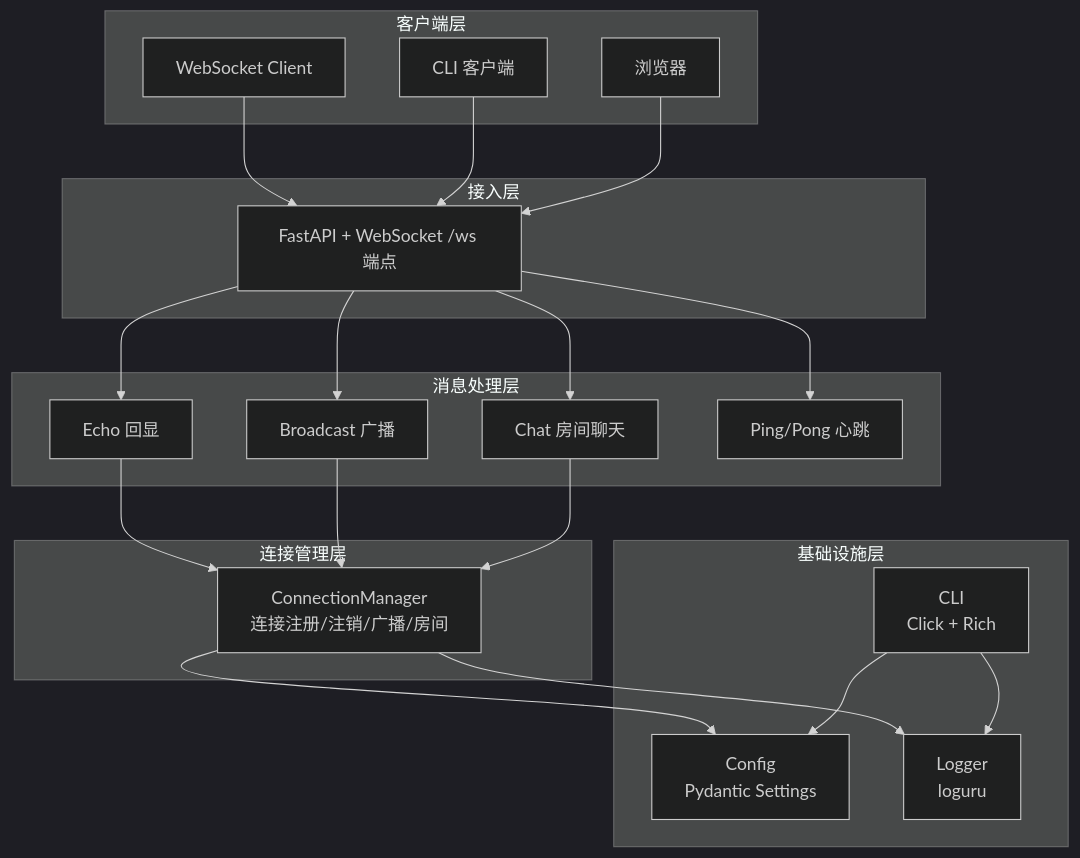
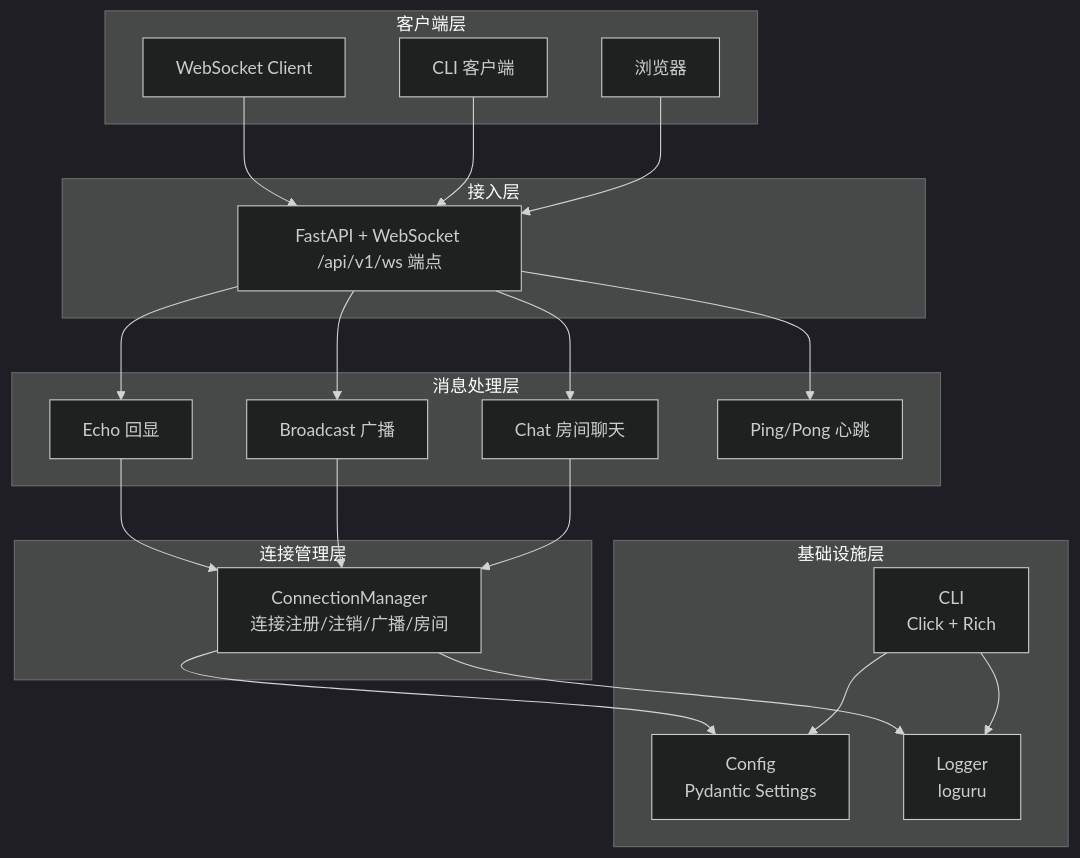
Before and after one commit to cross-lang/x-HanChuan: the first of 2 diagrams in README.md, drawn with Mermaid (dark theme). The commit also changed other lines of this file and 26 other files, not shown here.

````diff
--- a/README.md
+++ b/README.md
@@ -57,44 +60,44 @@
 ```mermaid
 graph TB
     subgraph 客户端层
         C1[WebSocket Client]
         C2[CLI 客户端]
         C3[浏览器]
     end
 
     subgraph 接入层
-        GW[FastAPI + WebSocket /ws 端点]
+        GW[FastAPI + WebSocket /api/v1/ws 端点]
     end
 
     subgraph 消息处理层
         ECHO[Echo 回显]
         BROADCAST[Broadcast 广播]
         CHAT[Chat 房间聊天]
         PING[Ping/Pong 心跳]
     end
 
     subgraph 连接管理层
         CM[ConnectionManager<br/>连接注册/注销/广播/房间]
     end
 
     subgraph 基础设施层
         CFG[Config<br/>Pydantic Settings]
         LOG[Logger<br/>loguru]
         CLI_MOD[CLI<br/>Click + Rich]
     end
 
     C1 --> GW
     C2 --> GW
     C3 --> GW
     GW --> ECHO
     GW --> BROADCAST
     GW --> CHAT
     GW --> PING
     ECHO --> CM
     BROADCAST --> CM
     CHAT --> CM
     CM --> CFG
     CM --> LOG
     CLI_MOD --> CFG
     CLI_MOD --> LOG
 ```
````
